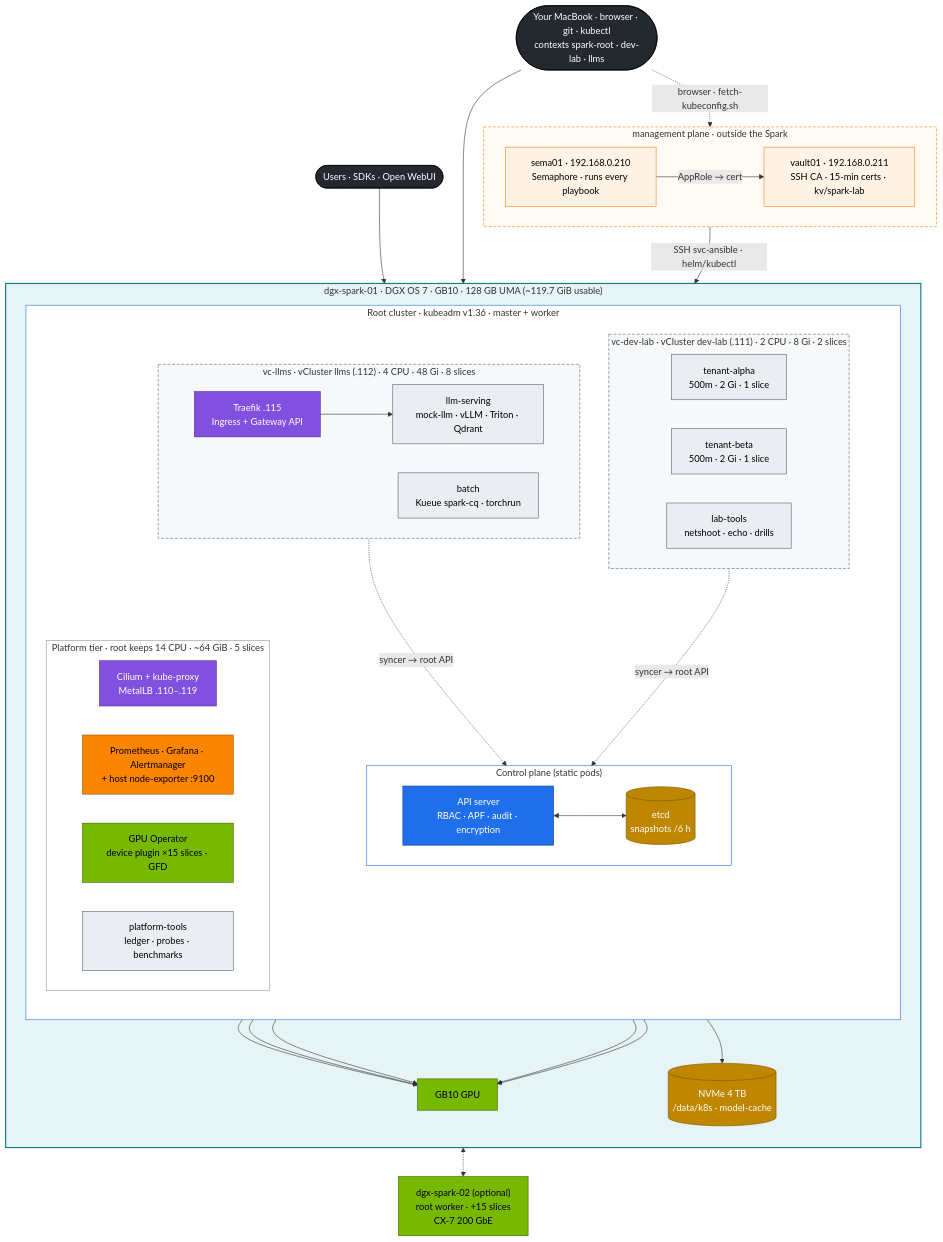
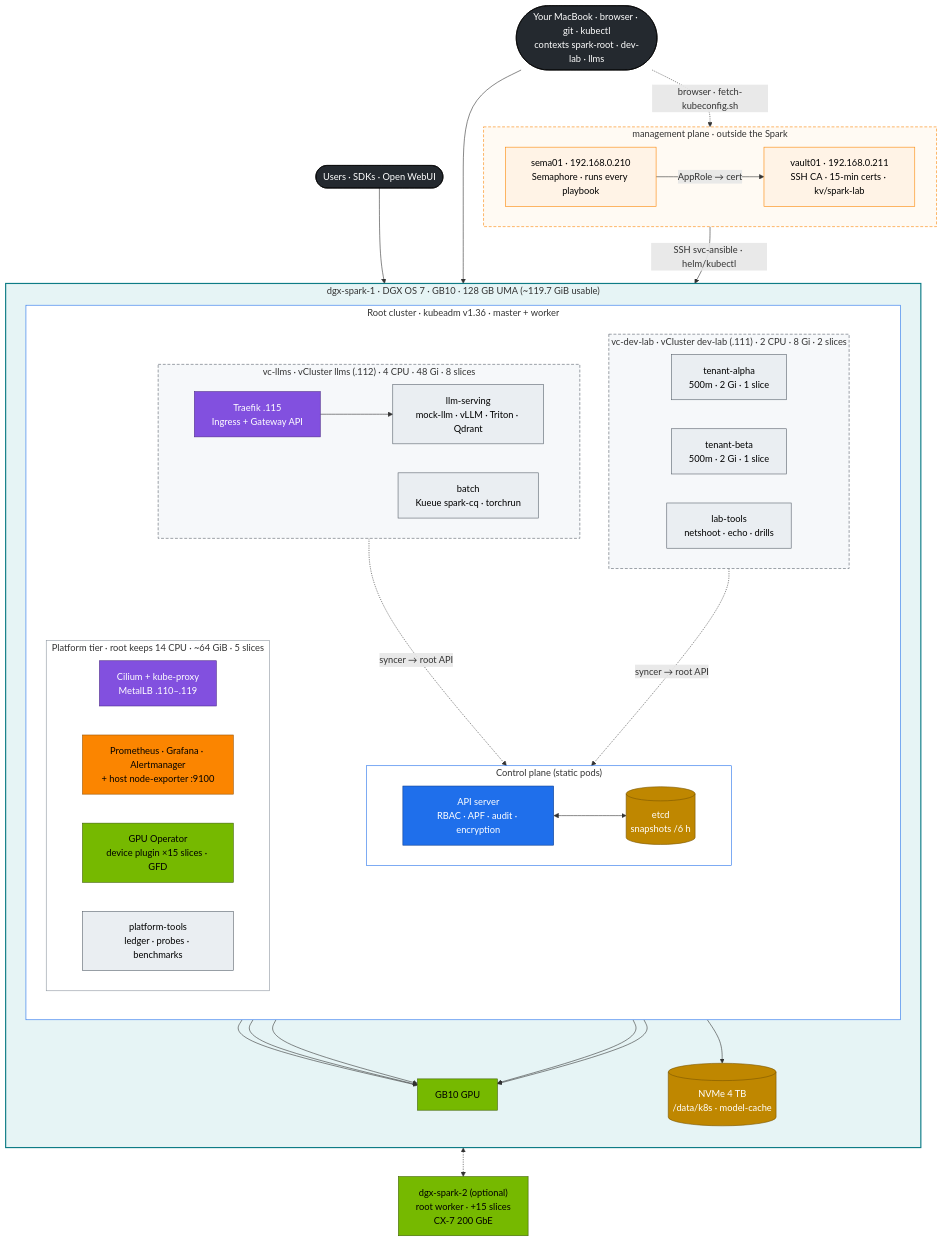
The first of 3 diagrams in 02 Kubernetes/15-dgx-spark-datacenter-simulation-lab.md (cloudone365/technical-depth), drawn with Mermaid before and after one commit. The commit also changed other lines of this file and 91 other files, not shown here.

First line of the commit message:
Rename the Spark hosts to dgx-spark-1 / dgx-spark-2

````diff
--- a/02 Kubernetes/15-dgx-spark-datacenter-simulation-lab.md
+++ b/02 Kubernetes/15-dgx-spark-datacenter-simulation-lab.md
@@ -38,76 +38,76 @@
 ```mermaid
 flowchart TB
   USER(["Users · SDKs · Open WebUI"]) --> EDGE
   ADMIN(["Your MacBook · browser · git · kubectl<br/>contexts spark-root · dev-lab · llms"])
   subgraph MGMT["management plane · outside the Spark"]
     direction LR
     SEMA["sema01 · 192.168.0.210<br/>Semaphore · runs every playbook"]
     VLT["vault01 · 192.168.0.211<br/>SSH CA · 15-min certs · kv/spark-lab"]
   end
-  subgraph SPARK["dgx-spark-01 · DGX OS 7 · GB10 · 128 GB UMA (~119.7 GiB usable)"]
+  subgraph SPARK["dgx-spark-1 · DGX OS 7 · GB10 · 128 GB UMA (~119.7 GiB usable)"]
     direction TB
     subgraph ROOT["Root cluster · kubeadm v1.36 · master + worker"]
       direction TB
       subgraph CP["Control plane (static pods)"]
         direction LR
         API["API server<br/>RBAC · APF · audit · encryption"]
         ETCD[("etcd<br/>snapshots /6 h")]
       end
       subgraph PLATFORM["Platform tier · root keeps 14 CPU · ~64 GiB · 5 slices"]
         direction LR
         NET["Cilium + kube-proxy<br/>MetalLB .110–.119"]
         OBS["Prometheus · Grafana · Alertmanager<br/>+ host node-exporter :9100"]
         GPUOP["GPU Operator<br/>device plugin ×15 slices · GFD"]
         PT["platform-tools<br/>ledger · probes · benchmarks"]
       end
       subgraph DEV["vc-dev-lab · vCluster dev-lab (.111) · 2 CPU · 8 Gi · 2 slices"]
         direction LR
         TA["tenant-alpha<br/>500m · 2 Gi · 1 slice"]
         TB["tenant-beta<br/>500m · 2 Gi · 1 slice"]
         LT["lab-tools<br/>netshoot · echo · drills"]
       end
       subgraph LLM["vc-llms · vCluster llms (.112) · 4 CPU · 48 Gi · 8 slices"]
         direction LR
         EDGE["Traefik .115<br/>Ingress + Gateway API"]
         SERVE["llm-serving<br/>mock-llm · vLLM · Triton · Qdrant"]
         BATCH["batch<br/>Kueue spark-cq · torchrun"]
       end
     end
     NVME[("NVMe 4 TB<br/>/data/k8s · model-cache")]
     GB10["GB10 GPU"]
   end
-  S2["dgx-spark-02 (optional)<br/>root worker · +15 slices<br/>CX-7 200 GbE"]
+  S2["dgx-spark-2 (optional)<br/>root worker · +15 slices<br/>CX-7 200 GbE"]
   ADMIN --> API
   ADMIN -. "browser · fetch-kubeconfig.sh" .-> SEMA
   SEMA -->|"AppRole → cert"| VLT
   SEMA -->|"SSH svc-ansible · helm/kubectl"| SPARK
   EDGE --> SERVE
   SERVE & BATCH & TA & TB & PT --> GB10
   SERVE --> NVME
   API <--> ETCD
   DEV & LLM -. "syncer → root API" .-> API
   SPARK <-.-> S2
   classDef ctrl fill:#1f6feb,stroke:#0b3d91,color:#fff
   classDef net fill:#8250df,stroke:#4c2889,color:#fff
   classDef gpu fill:#76b900,stroke:#3d6000,color:#000
   classDef store fill:#bf8700,stroke:#7a5600,color:#fff
   classDef obs fill:#fb8500,stroke:#9a5200,color:#000
   classDef tenant fill:#eaeef2,stroke:#57606a,color:#000
   classDef ext fill:#24292f,stroke:#000,color:#fff
   class API ctrl
   class EDGE,NET net
   class GB10,GPUOP,S2 gpu
   class ETCD,NVME store
   class OBS obs
   class SERVE,BATCH,TA,TB,LT,PT tenant
   class USER,ADMIN ext
   classDef mgmt fill:#fff3e6,stroke:#fb8500,color:#000
   class SEMA,VLT mgmt
   style SPARK fill:#e6f4f5,stroke:#0e7c86,stroke-width:2px
   style ROOT fill:#ffffff,stroke:#1f6feb
   style PLATFORM fill:#ffffff,stroke:#8c959f
   style CP fill:#ffffff,stroke:#1f6feb
   style DEV fill:#f6f8fa,stroke:#57606a,stroke-dasharray:5 3
   style LLM fill:#f6f8fa,stroke:#57606a,stroke-dasharray:5 3
   style MGMT fill:#fffaf3,stroke:#fb8500,stroke-dasharray:5 3
 ```
````
